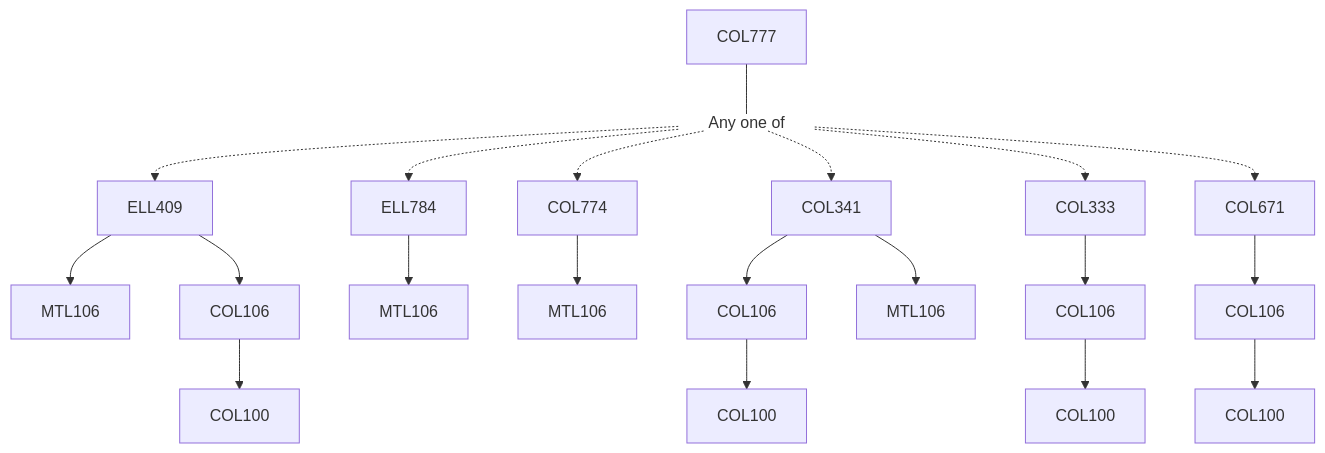
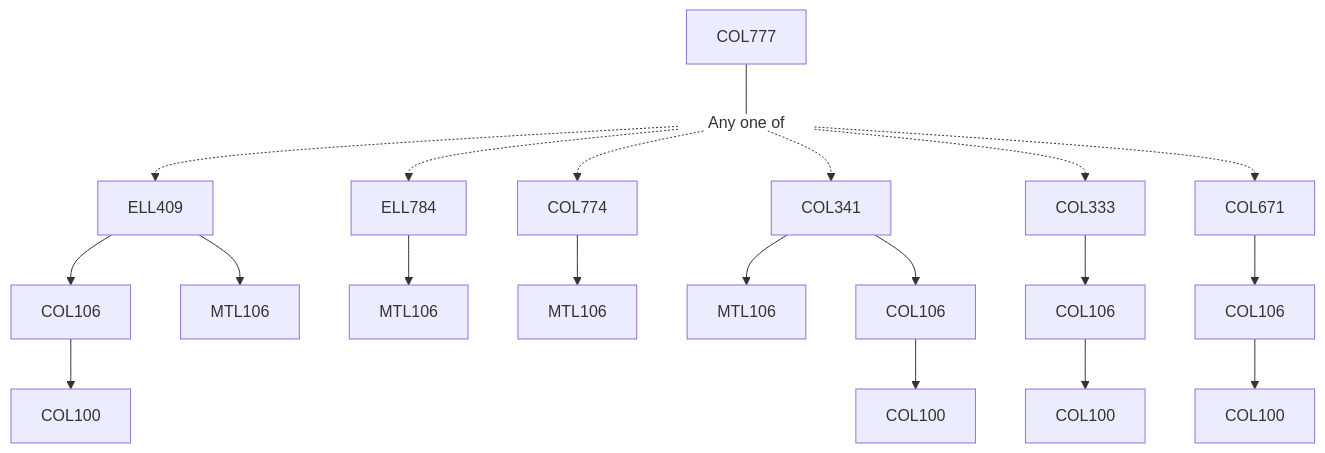
One commit to KeshavBansal0122/CoS_Website changed the diagram in content/Computer Science and Engineering/COL777.md. Above: the diagram before and after it, drawn with Mermaid. The commit also changed other lines of this file and 2662 other files, not shown here.

````diff
--- a/content/Computer Science and Engineering/COL777.md
+++ b/content/Computer Science and Engineering/COL777.md
@@ -15,26 +15,26 @@
 ```mermaid
 flowchart TD
 COL777-1318[COL777]
 COL777-1318 --- Or1319[Any one of]:::empty
+COL106-1320 --> COL100-1320[COL100]
+ELL409-1320 --> MTL106-1320[MTL106]
 Or1319 -.-> ELL409-1320[ELL409]
-ELL409-1320 --> MTL106-1320[MTL106]
 ELL409-1320 --> COL106-1320[COL106]
-COL106-1320 --> COL100-1320[COL100]
+Or1319 -.-> ELL784-1321[ELL784]
 ELL784-1321 --> MTL106-1321[MTL106]
-Or1319 -.-> ELL784-1321[ELL784]
+COL774-1322 --> MTL106-1322[MTL106]
 Or1319 -.-> COL774-1322[COL774]
-COL774-1322 --> MTL106-1322[MTL106]
-COL341-1323 --> COL106-1323[COL106]
 COL341-1323 --> MTL106-1323[MTL106]
 Or1319 -.-> COL341-1323[COL341]
 COL106-1323 --> COL100-1323[COL100]
-COL106-1324 --> COL100-1324[COL100]
+COL341-1323 --> COL106-1323[COL106]
 Or1319 -.-> COL333-1324[COL333]
 COL333-1324 --> COL106-1324[COL106]
+COL106-1324 --> COL100-1324[COL100]
 COL671-1325 --> COL106-1325[COL106]
 Or1319 -.-> COL671-1325[COL671]
 COL106-1325 --> COL100-1325[COL100]
 
 classDef empty height:17px, fill:transparent, stroke:transparent;
 classDef trueEmpty height:0px, width:0px;
 ```
````
